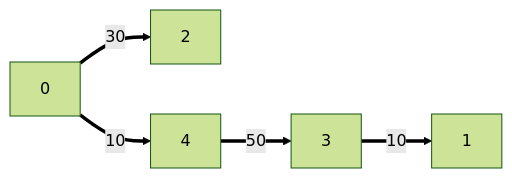
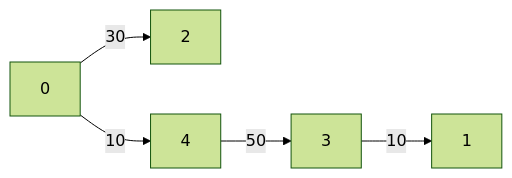
Before and after one commit to Sunshinehit/Graph: the diagram in Report/Pics/Test-MinLen.mmd, drawn with Mermaid (forest theme). The commit also changed 1 other file, not shown here.

```diff
--- a/Report/Pics/Test-MinLen.mmd
+++ b/Report/Pics/Test-MinLen.mmd
@@ -1,5 +1,5 @@
 graph LR
-3 ==>|10| 1
-0 ==>|30| 2
-0 ==>|10| 4
-4 ==>|50| 3
+3 -->|10| 1
+0 -->|30| 2
+0 -->|10| 4
+4 -->|50| 3
```
